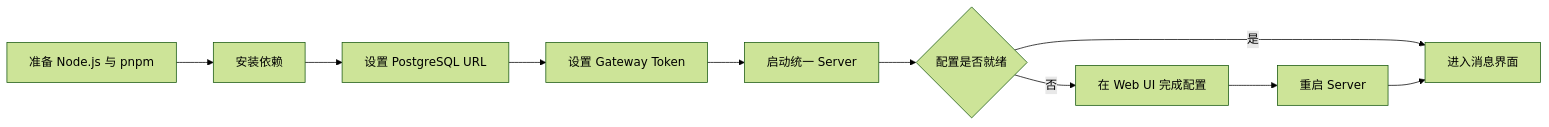
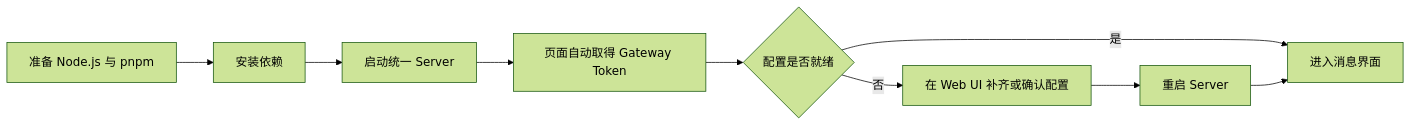
The diagram in docs/guide/index.md (posanbu/Kaguya), drawn with Mermaid (forest theme) before and after one commit. The commit also changed other lines of this file and 18 other files, not shown here.

Commit message:
docs: fill out design user and architecture guides (#59)

````diff
--- a/docs/guide/index.md
+++ b/docs/guide/index.md
@@ -26,12 +26,11 @@
 ```mermaid
 flowchart LR
   A[准备 Node.js 与 pnpm] --> B[安装依赖]
-  B --> C[设置 PostgreSQL URL]
-  C --> D[设置 Gateway Token]
-  D --> E[启动统一 Server]
-  E --> F{配置是否就绪}
-  F -- 否 --> G[在 Web UI 完成配置]
-  G --> H[重启 Server]
-  F -- 是 --> I[进入消息界面]
-  H --> I
+  B --> C[启动统一 Server]
+  C --> D[页面自动取得 Gateway Token]
+  D --> E{配置是否就绪}
+  E -- 否 --> F[在 Web UI 补齐或确认配置]
+  F --> G[重启 Server]
+  E -- 是 --> H[进入消息界面]
+  G --> H
 ```
````
